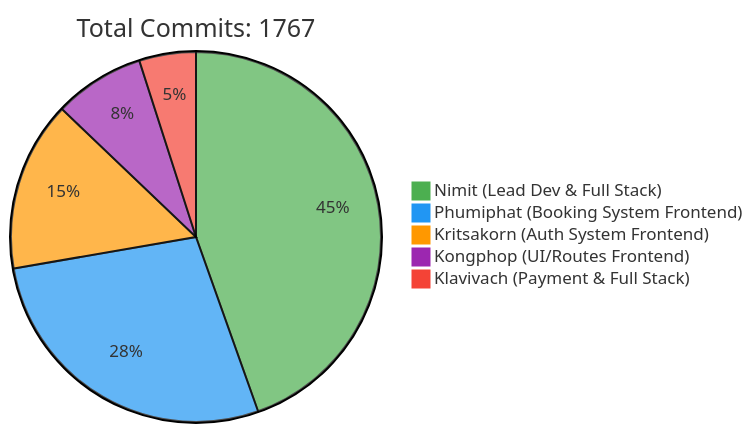
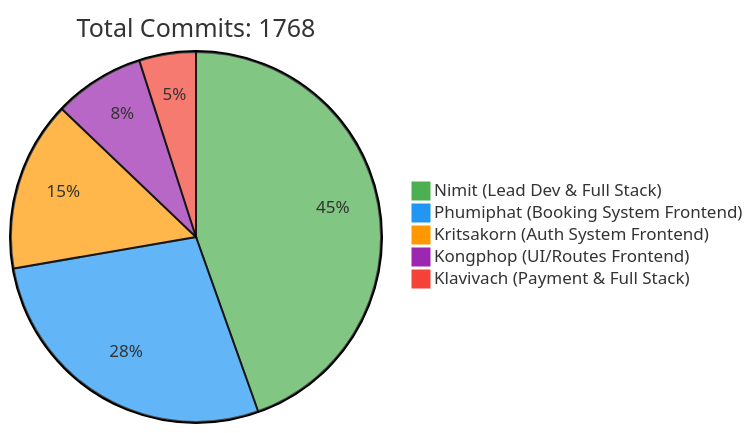
The first of 2 diagrams in README.md (6531503042/Sport-Complex), drawn with Mermaid before and after one commit. The commit also changed other lines of this file, not shown here.

Commit message:
docs: Update contributor statistics [skip ci]

````diff
--- a/README.md
+++ b/README.md
@@ -257,10 +257,10 @@
 ```mermaid
 %%{init: {'theme': 'base', 'themeVariables': { 'pie1': '#4CAF50', 'pie2': '#2196F3', 'pie3': '#FF9800', 'pie4': '#9C27B0', 'pie5': '#F44336'}}}%%
 pie
-    title Total Commits: 1767
+    title Total Commits: 1768
     "Nimit (Lead Dev & Full Stack)" : 450
     "Phumiphat (Booking System Frontend)" : 280
     "Kritsakorn (Auth System Frontend)" : 150
     "Kongphop (UI/Routes Frontend)" : 80
     "Klavivach (Payment & Full Stack)" : 50
 ```
````
